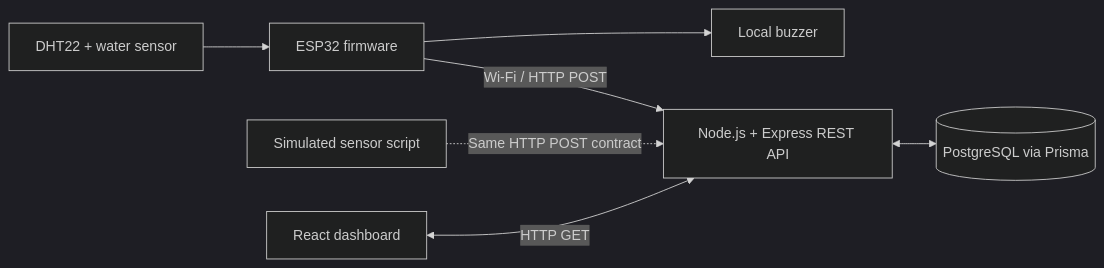
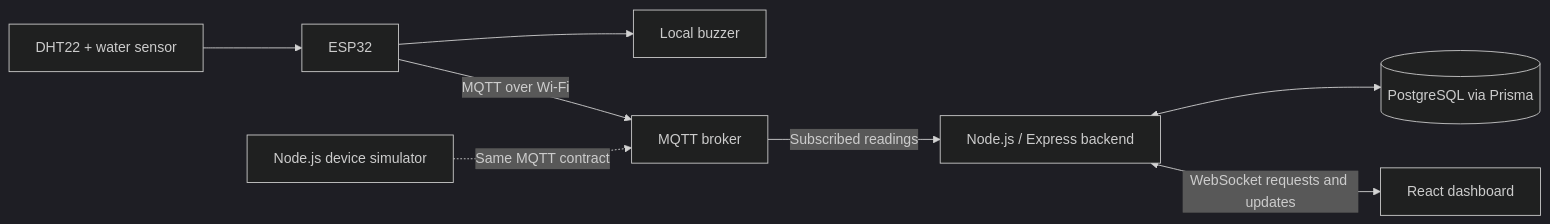
One commit to Gnomeeee/document-storage-monitor changed the first of 3 diagrams in docs/SRS.md. Above: the diagram before and after it, drawn with Mermaid (dark theme). The commit also changed other lines of this file and 224 other files, not shown here.

````diff
--- a/docs/SRS.md
+++ b/docs/SRS.md
@@ -101,9 +100,10 @@
 ```mermaid
 flowchart LR
-    S["DHT22 + water sensor"] --> E["ESP32 firmware"]
-    E --> B["Local buzzer"]
-    E -->|"Wi-Fi / HTTP POST"| A["Node.js + Express REST API"]
-    X["Simulated sensor script"] -.->|"Same HTTP POST contract"| A
+    S["DHT22 + water sensor"] --> E["ESP32"]
+    E --> Z["Local buzzer"]
+    E -->|MQTT over Wi-Fi| B["MQTT broker"]
+    X["Node.js device simulator"] -.->|Same MQTT contract| B
+    B -->|Subscribed readings| A["Node.js / Express backend"]
     A <--> P[(PostgreSQL via Prisma)]
-    W["React dashboard"] <-->|"HTTP GET"| A
+    A <-->|WebSocket requests and updates| W["React dashboard"]
 ```
````
